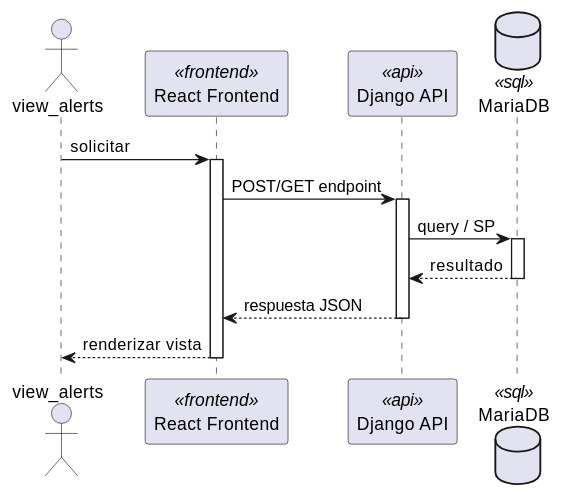
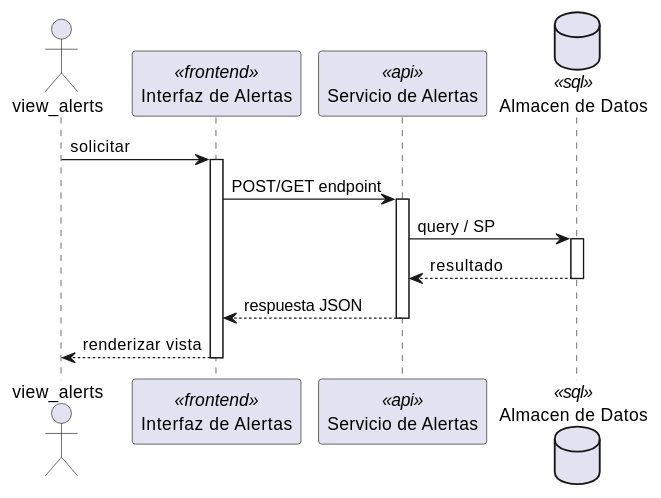
Before and after one commit to jcg-admin/IACT-docs: the first of 2 diagrams in source/arquitectura-tecnica/DesignView/alr-02.rst, drawn with PlantUML. The commit also changed other lines of this file and 243 other files, not shown here.

First line of the commit message:
Add missing diagrams and fix participant names across Kruchten views

```diff
--- a/source/arquitectura-tecnica/DesignView/alr-02.rst
+++ b/source/arquitectura-tecnica/DesignView/alr-02.rst
@@ -22,28 +22,28 @@
 .. uml::
  :caption: UC_ALR_02 — Design View (secuencia)
 
  @startuml
 
  actor "view_alerts" as view_alerts
- participant "React Frontend" as Frontend <<frontend>>
- participant "Django API" as APIServer <<api>>
- database "MariaDB" as BaseDatos <<sql>>
+ participant "Interfaz de Alertas" as Iface <<frontend>>
+ participant "Servicio de Alertas" as SvcNode <<api>>
+ database "Almacen de Datos" as Store <<sql>>
 
- view_alerts -> Frontend : solicitar
- activate Frontend
+ view_alerts -> Iface : solicitar
+ activate Iface
 
- Frontend -> APIServer : POST/GET endpoint
- activate APIServer
+ Iface -> SvcNode : POST/GET endpoint
+ activate SvcNode
 
- APIServer -> BaseDatos : query / SP
- activate BaseDatos
- BaseDatos --> APIServer : resultado
- deactivate BaseDatos
+ SvcNode -> Store : query / SP
+ activate Store
+ Store --> SvcNode : resultado
+ deactivate Store
 
- APIServer --> Frontend : respuesta JSON
- deactivate APIServer
+ SvcNode --> Iface : respuesta JSON
+ deactivate SvcNode
 
- Frontend --> view_alerts : renderizar vista
- deactivate Frontend
+ Iface --> view_alerts : renderizar vista
+ deactivate Iface
 
  @enduml
```
